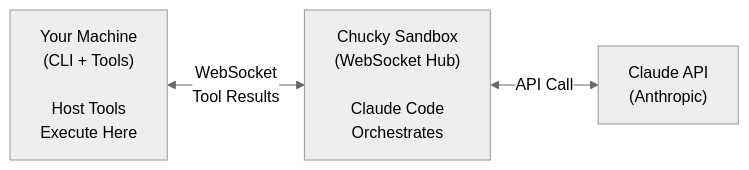
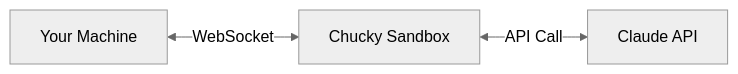
One commit to centyso-dev/docs changed the diagram in cli/possession.mdx. Above: the diagram before and after it, drawn with Mermaid (neutral theme). The commit also changed 6 other files, not shown here.

First line of the commit message:
fix: simplify Mermaid diagrams - remove unsupported \n

````diff
--- a/cli/possession.mdx
+++ b/cli/possession.mdx
@@ -187,9 +187,9 @@
 ```mermaid
 flowchart LR
-    machine["Your Machine\n(CLI + Tools)\n\nHost Tools\nExecute Here"]
-    sandbox["Chucky Sandbox\n(WebSocket Hub)\n\nClaude Code\nOrchestrates"]
-    api["Claude API\n(Anthropic)"]
+    machine["Your Machine"]
+    sandbox["Chucky Sandbox"]
+    api["Claude API"]
 
-    machine <-->|"WebSocket\nTool Results"| sandbox
+    machine <-->|"WebSocket"| sandbox
     sandbox <-->|"API Call"| api
 ```
````
